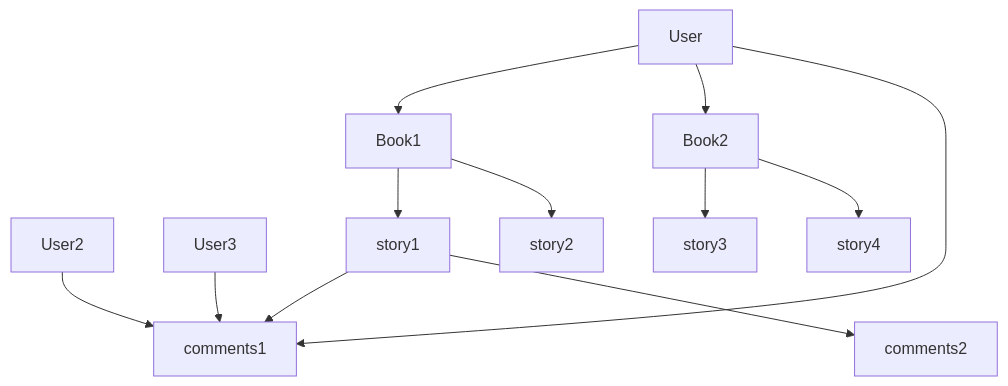
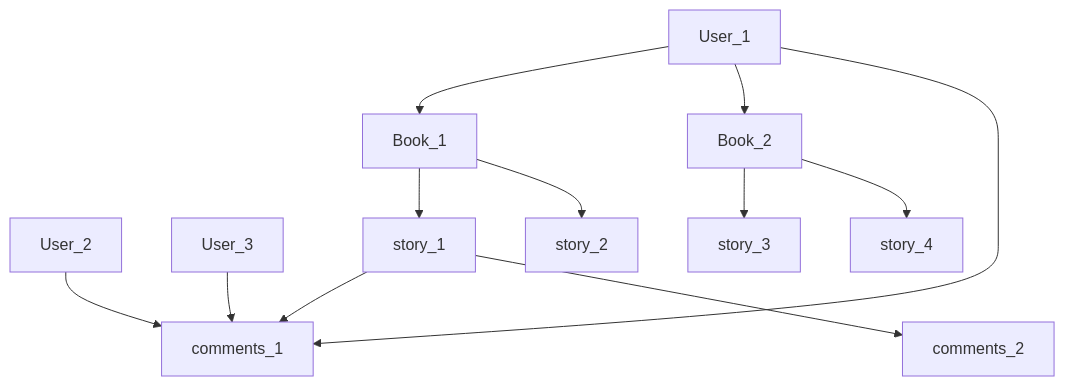
One commit to mbaqes/dbit changed the diagram in README.md. Above: the diagram before and after it, drawn with Mermaid.

````diff
--- a/README.md
+++ b/README.md
@@ -17,15 +17,15 @@
  ```mermaid
 graph TD;
-    User-->Book1;
-    User-->Book2;
-     User-->comments1;
-    User2-->comments1
-    User3-->comments1
-    Book1-->story1;
-    Book1-->story2;
-    Book2-->story3;
-    Book2-->story4;
-    story1-->comments1;
-    story1-->comments2;
+    User_1-->Book_1;
+    User_1-->Book_2;
+    User_1-->comments_1;
+    User_2-->comments_1
+    User_3-->comments_1
+    Book_1-->story_1;
+    Book_1-->story_2;
+    Book_2-->story_3;
+    Book_2-->story_4;
+    story_1-->comments_1;
+    story_1-->comments_2;
    
 ```
````
